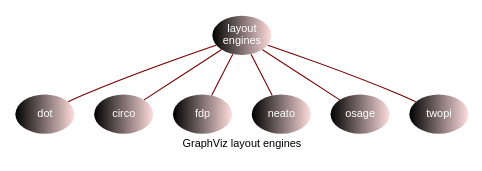
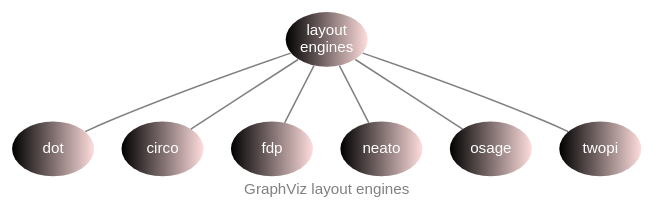
Before and after one commit to sverweij/atom-graphviz-preview-plus: the diagram in samples/layout-engines.dot, drawn with Graphviz. The commit also changed 1 other file, not shown here.

```diff
--- a/samples/layout-engines.dot
+++ b/samples/layout-engines.dot
@@ -1,16 +1,22 @@
 graph "Layout Engines" {
+  bgcolor=transparent
+  fontcolor=grey
   label="GraphViz layout engines"
-  fontname=Helvetica fontsize=10
-  size="4.2,4.2"
+  fontname=Helvetica
+  fontsize=10
 
   node[
-        shape=oval
-        style=filled fillcolor="black:#FFDDDD" color=transparent  margin=0
-        fontname=Helvetica fontsize=10 penwidth=2 fontcolor=white
+    shape=oval
+    style=filled
+    fillcolor="black:#FFDDDD"
+    color=transparent
+    margin=0
+    fontname=Helvetica fontsize=10 fontcolor=white
+    penwidth=2
   ]
-  edge[color="#770000"]
+  edge[color="grey"]
 
   "layout\nengines " -- {
     dot circo fdp neato osage twopi
   }
 }
```
